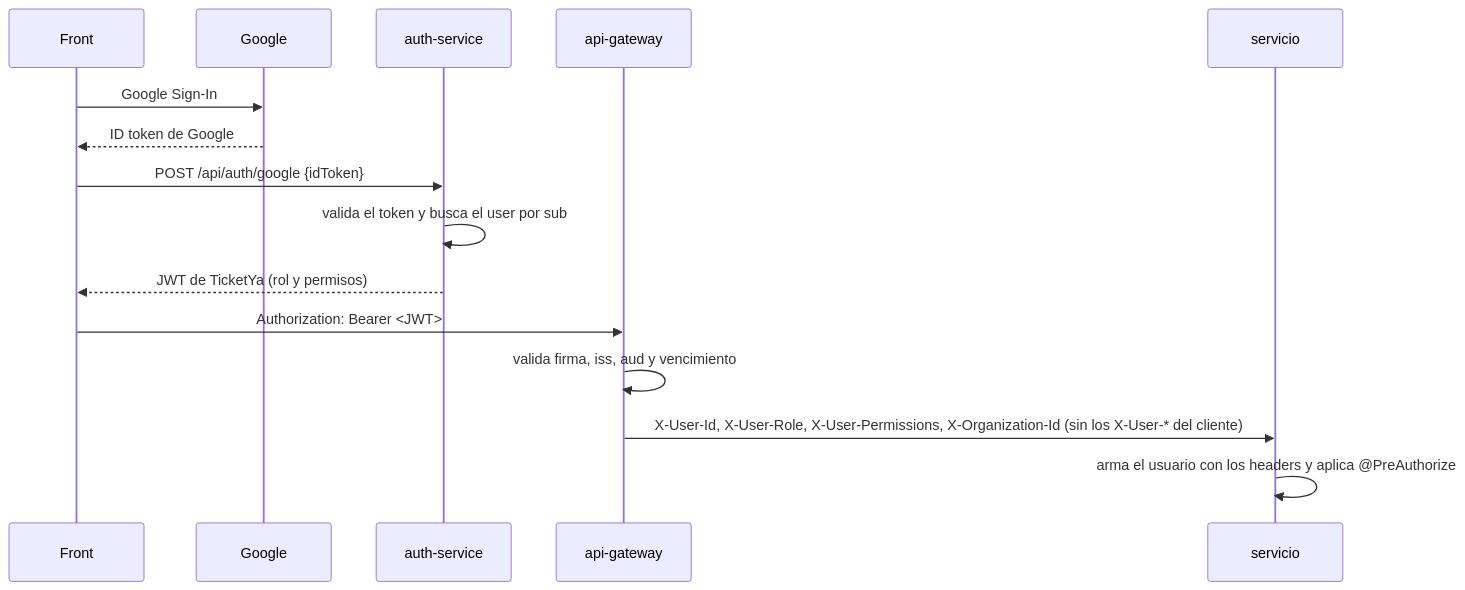
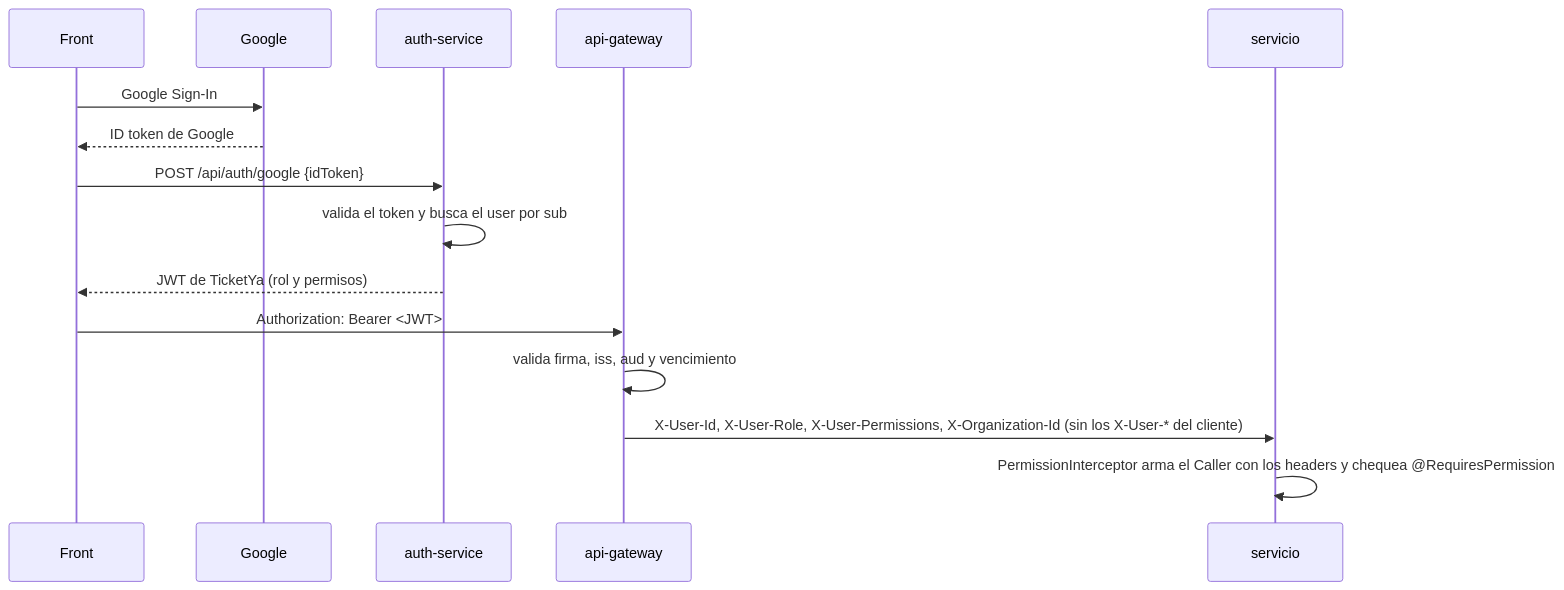
The diagram in docs/rfc/RFC-001-auth-modality.md (joaquinblock/TicketYa), drawn with Mermaid before and after one commit. The commit also changed other lines of this file and 2 other files, not shown here.

Commit message:
docs: keep @RequiresPermission with the interceptor instead of @PreAuthorize, so 403 comes before 400

````diff
--- a/docs/rfc/RFC-001-auth-modality.md
+++ b/docs/rfc/RFC-001-auth-modality.md
@@ -41,17 +41,17 @@
 ```mermaid
 sequenceDiagram
     participant F as Front
     participant Go as Google
     participant A as auth-service
     participant G as api-gateway
     participant S as servicio
     F->>Go: Google Sign-In
     Go-->>F: ID token de Google
     F->>A: POST /api/auth/google {idToken}
     A->>A: valida el token y busca el user por sub
     A-->>F: JWT de TicketYa (rol y permisos)
     F->>G: Authorization: Bearer <JWT>
     G->>G: valida firma, iss, aud y vencimiento
     G->>S: X-User-Id, X-User-Role, X-User-Permissions, X-Organization-Id (sin los X-User-* del cliente)
-    S->>S: arma el usuario con los headers y aplica @PreAuthorize
+    S->>S: PermissionInterceptor arma el Caller con los headers y chequea @RequiresPermission
 ```
````
